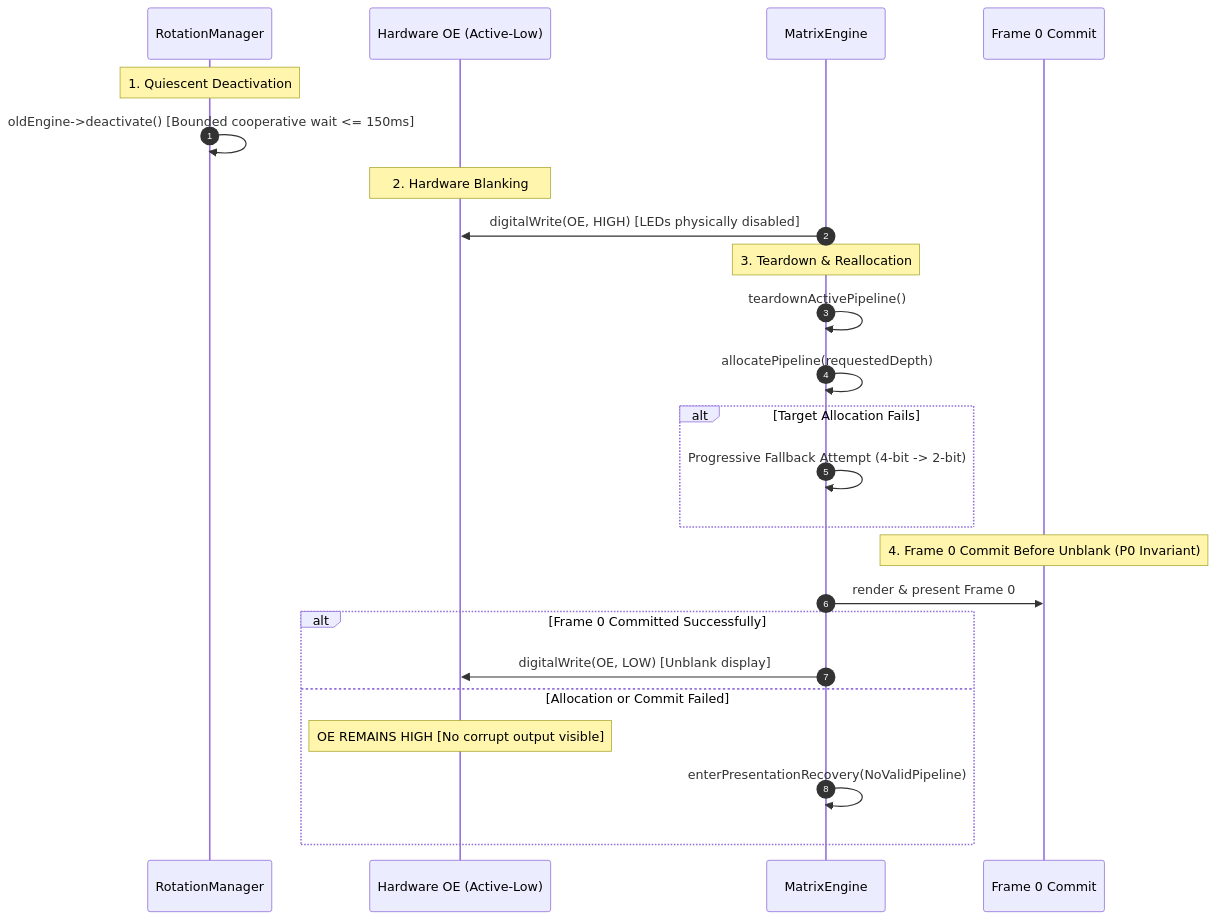
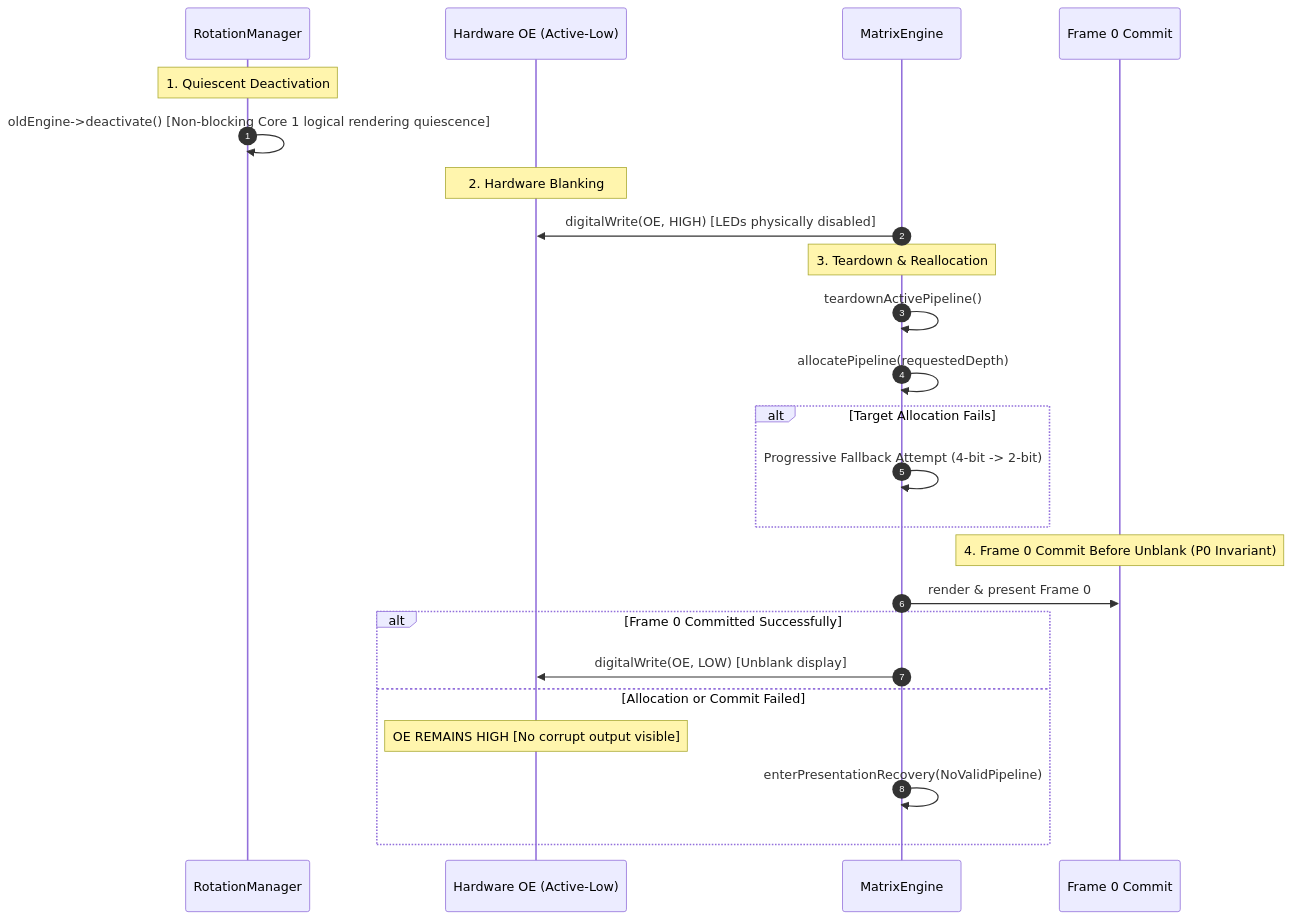
Before and after one commit to red77290/ArcadeMatrix: the diagram in docs/MEMORY_MODEL.md, drawn with Mermaid. The commit also changed 21 other files, not shown here.

````diff
--- a/docs/MEMORY_MODEL.md
+++ b/docs/MEMORY_MODEL.md
@@ -84,32 +84,32 @@
 ```mermaid
 sequenceDiagram
     autonumber
     participant RM as RotationManager
     participant OE as Hardware OE (Active-Low)
     participant ME as MatrixEngine
     participant F0 as Frame 0 Commit
 
     Note over RM: 1. Quiescent Deactivation
-    RM->>RM: oldEngine->deactivate() [Bounded cooperative wait <= 150ms]
+    RM->>RM: oldEngine->deactivate() [Non-blocking Core 1 logical rendering quiescence]
     
     Note over OE: 2. Hardware Blanking
     ME->>OE: digitalWrite(OE, HIGH) [LEDs physically disabled]
     
     Note over ME: 3. Teardown & Reallocation
     ME->>ME: teardownActivePipeline()
     ME->>ME: allocatePipeline(requestedDepth)
     
     alt Target Allocation Fails
         ME->>ME: Progressive Fallback Attempt (4-bit -> 2-bit)
     end
     
     Note over F0: 4. Frame 0 Commit Before Unblank (P0 Invariant)
     ME->>F0: render & present Frame 0
     
     alt Frame 0 Committed Successfully
         ME->>OE: digitalWrite(OE, LOW) [Unblank display]
     else Allocation or Commit Failed
         Note over OE: OE REMAINS HIGH [No corrupt output visible]
         ME->>ME: enterPresentationRecovery(NoValidPipeline)
     end
 ```
````
